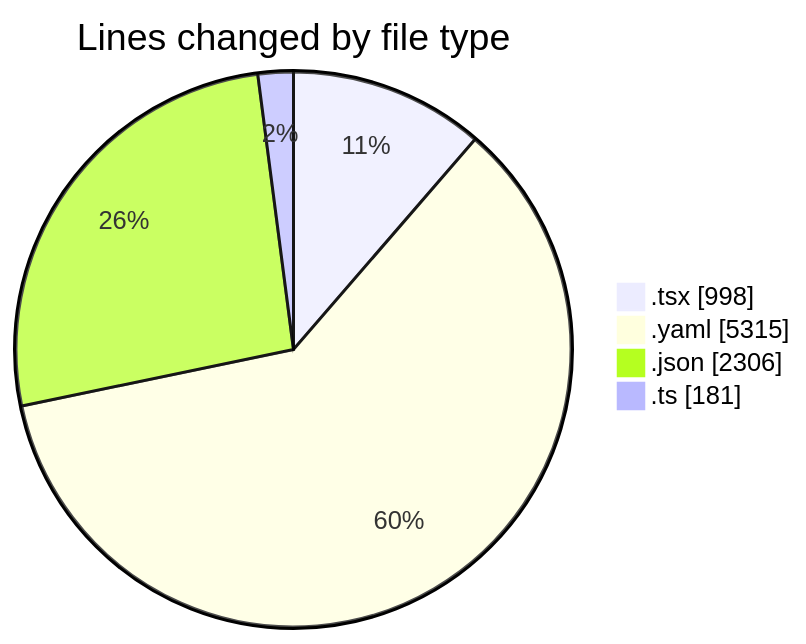
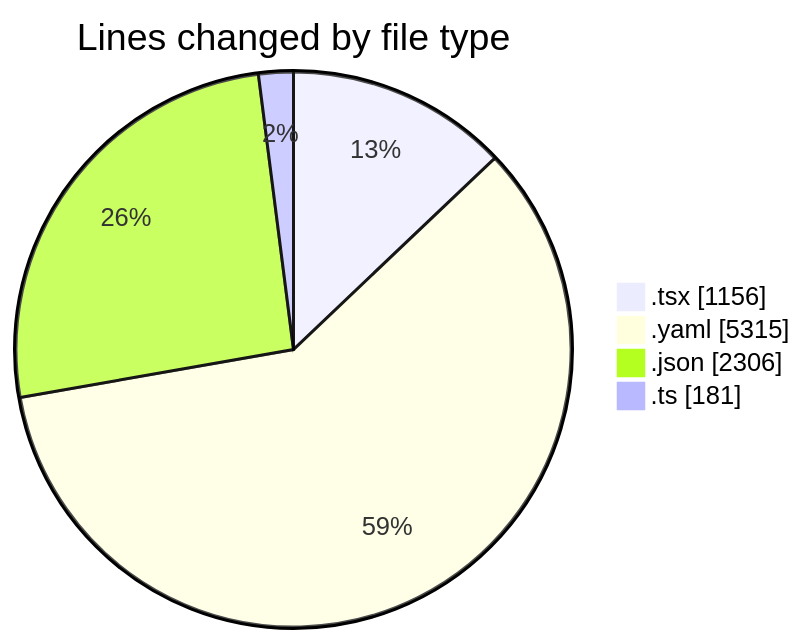
Before and after one commit to julien-gomy/code-tracking: the first of 2 diagrams in 2025-11-07/eventscop-frontend-guide__workspace_/README.md, drawn with Mermaid. The commit also changed other lines of this file and 1 other file, not shown here.

````diff
--- a/2025-11-07/eventscop-frontend-guide__workspace_/README.md
+++ b/2025-11-07/eventscop-frontend-guide__workspace_/README.md
@@ -38,8 +39,8 @@
 ```mermaid
 pie showData
 title Lines changed by file type
-".tsx" : 998
+".tsx" : 1156
 ".yaml" : 5315
 ".json" : 2306
 ".ts" : 181
 ```
````
